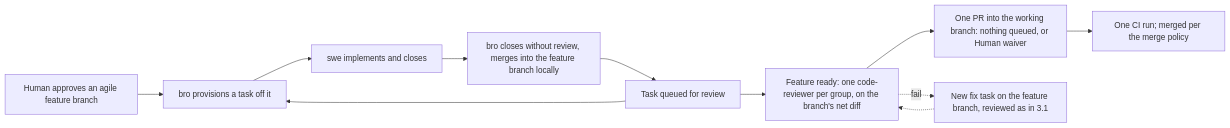
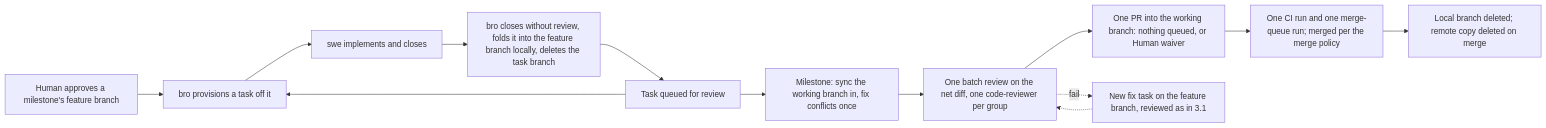
Before and after one commit to trustmybot/plugin: diagram 13 of 19 in docs/architecture/FLOWS.md, drawn with Mermaid. The commit also changed other lines of this file and 5 other files, not shown here.

Commit message:
📝 docs(agile): milestone feature-branch model, mark shipped

````diff
--- a/docs/architecture/FLOWS.md
+++ b/docs/architecture/FLOWS.md
@@ -187,13 +187,15 @@
 ```mermaid
 flowchart LR
-    A[Human approves an agile feature branch] --> B[bro provisions a task off it]
+    A[Human approves a milestone's feature branch] --> B[bro provisions a task off it]
     B --> C[swe implements and closes]
-    C --> D[bro closes without review, merges into the feature branch locally]
+    C --> D[bro closes without review, folds it into the feature branch locally, deletes the task branch]
     D --> F[Task queued for review]
     F --> B
-    F --> G[Feature ready: one code-reviewer per group, on the branch's net diff]
+    F --> S[Milestone: sync the working branch in, fix conflicts once]
+    S --> G[One batch review on the net diff, one code-reviewer per group]
     G --> H[One PR into the working branch: nothing queued, or Human waiver]
-    H --> I[One CI run; merged per the merge policy]
+    H --> I[One CI run and one merge-queue run; merged per the merge policy]
+    I --> J[Local branch deleted; remote copy deleted on merge]
     G -. fail .-> K[New fix task on the feature branch, reviewed as in 3.1]
     K -.-> G
 ```
````
